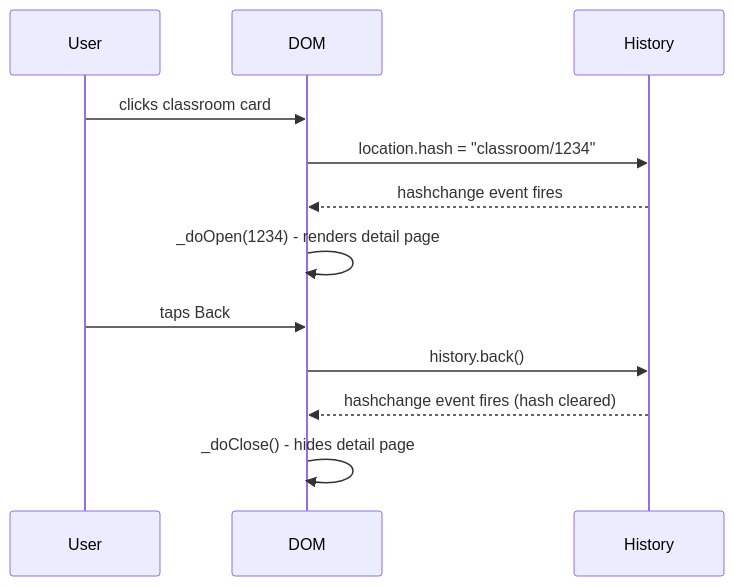
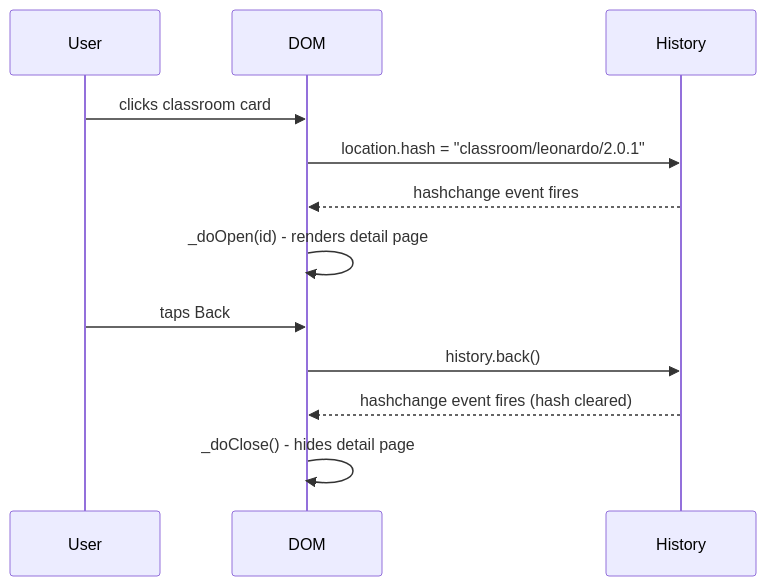
Before and after one commit to SummaCristian/PoliAule: the second of 2 diagrams in docs/frontend.md, drawn with Mermaid. The commit also changed other lines of this file and 4 other files, not shown here.

````diff
--- a/docs/frontend.md
+++ b/docs/frontend.md
@@ -40,15 +45,15 @@
 ```mermaid
 sequenceDiagram
     participant User
     participant DOM
     participant History
 
     User->>DOM: clicks classroom card
-    DOM->>History: location.hash = "classroom/1234"
+    DOM->>History: location.hash = "classroom/leonardo/2.0.1"
     History-->>DOM: hashchange event fires
-    DOM->>DOM: _doOpen(1234) - renders detail page
+    DOM->>DOM: _doOpen(id) - renders detail page
     User->>DOM: taps Back
     DOM->>History: history.back()
     History-->>DOM: hashchange event fires (hash cleared)
     DOM->>DOM: _doClose() - hides detail page
 ```
````
